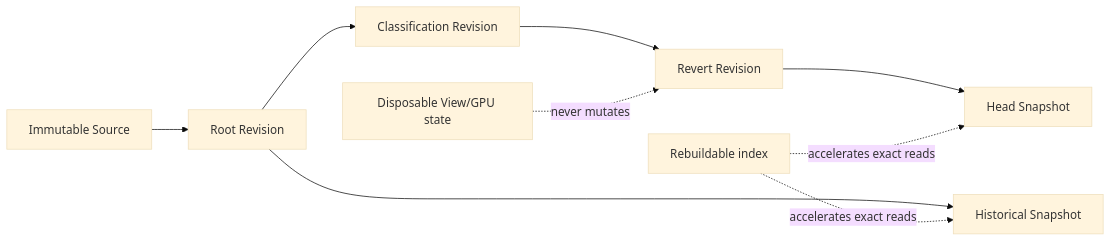
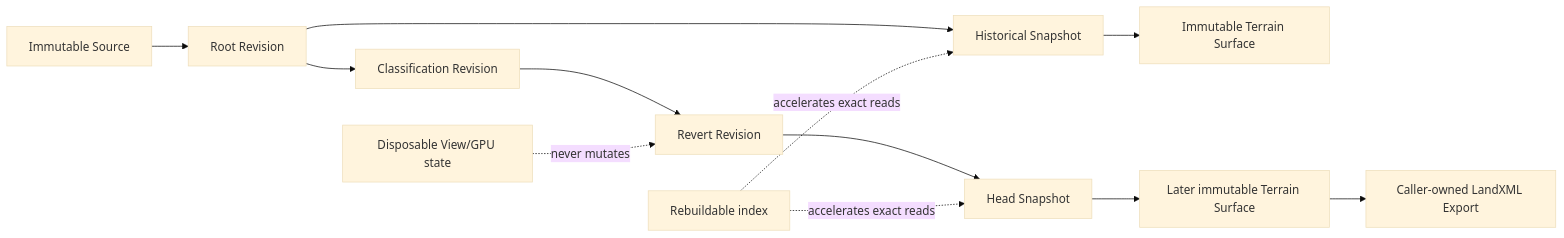
One commit to xxibcill/punctra changed the tenth of 10 diagrams in docs/architecture/workflows.md. Above: the diagram before and after it, drawn with Mermaid (base theme). The commit also changed other lines of this file and 40 other files, not shown here.

```diff
--- a/docs/architecture/workflows.md
+++ b/docs/architecture/workflows.md
@@ -265,11 +327,14 @@
 ~~~mermaid
 flowchart LR
     SRC["Immutable Source"] --> R0["Root Revision"]
     R0 --> R1["Classification Revision"]
     R1 --> R2["Revert Revision"]
     R0 --> S0["Historical Snapshot"]
     R2 --> S2["Head Snapshot"]
     IDX["Rebuildable index"] -. "accelerates exact reads" .-> S0
     IDX -. "accelerates exact reads" .-> S2
+    S0 --> T0["Immutable Terrain Surface"]
+    S2 --> T2["Later immutable Terrain Surface"]
+    T2 --> XML["Caller-owned LandXML Export"]
     VIEW["Disposable View/GPU state"] -. "never mutates" .-> R2
 ~~~
```
